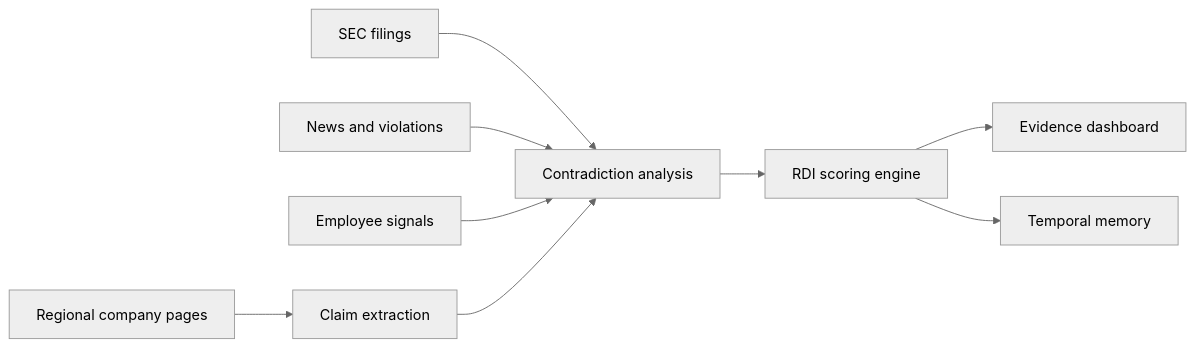
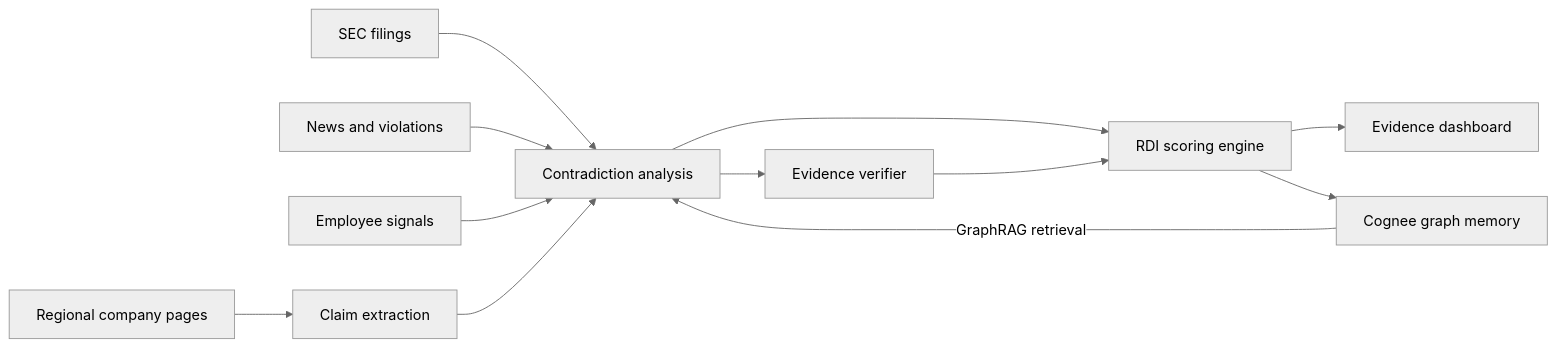
Before and after one commit to medhavee-upadhyaya/reality-drift: the diagram in README.md, drawn with Mermaid (neutral theme). The commit also changed other lines of this file and 3 other files, not shown here.

Commit message:
docs: document GraphRAG and verification design

````diff
--- a/README.md
+++ b/README.md
@@ -41,11 +41,14 @@
 ```mermaid
 flowchart LR
   A["Regional company pages"] --> E["Claim extraction"]
   B["SEC filings"] --> F["Contradiction analysis"]
   C["News and violations"] --> F
   D["Employee signals"] --> F
   E --> F
   F --> G["RDI scoring engine"]
   G --> H["Evidence dashboard"]
-  G --> I["Temporal memory"]
+  G --> I["Cognee graph memory"]
+  I -->|"GraphRAG retrieval"| F
+  F --> J["Evidence verifier"]
+  J --> G
 ```
````
